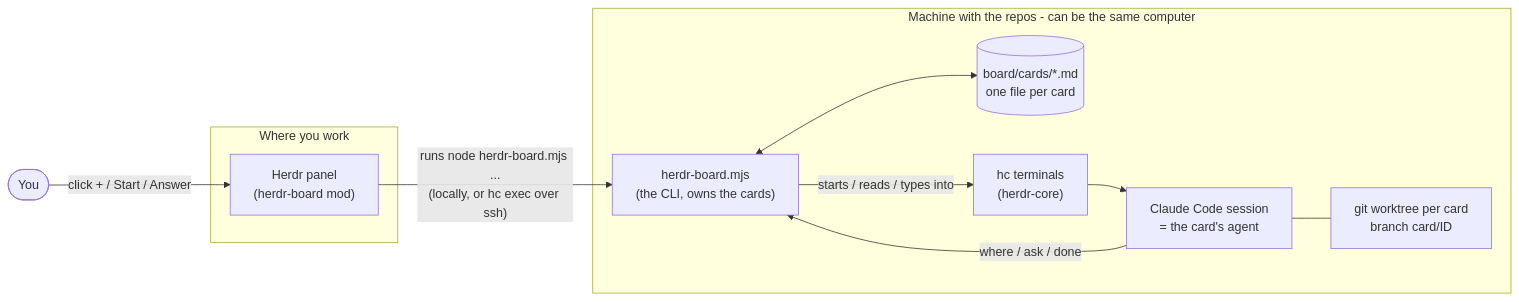
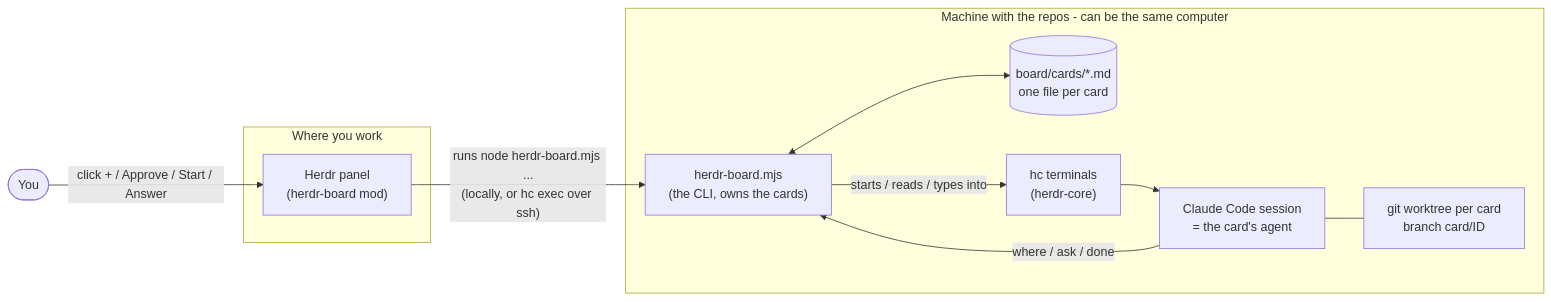
One commit to RomainBdt/herdr-board changed the first of 2 diagrams in README.md. Above: the diagram before and after it, drawn with Mermaid. The commit also changed other lines of this file, not shown here.

Commit message:
HB-45: align README with the code (no Plan step, Auto model, diagrams, config, server layout)

````diff
--- a/README.md
+++ b/README.md
@@ -19,20 +19,20 @@
 ```mermaid
 flowchart LR
-  you([You]) -- "click + / Start / Answer" --> panel
+  you([You]) -- "click + / Approve / Start / Answer" --> panel
   subgraph laptop [Where you work]
     panel["Herdr panel<br/>(herdr-board mod)"]
   end
   subgraph server [Machine with the repos - can be the same computer]
     cli["herdr-board.mjs<br/>(the CLI, owns the cards)"]
     cards[("board/cards/*.md<br/>one file per card")]
     hc["hc terminals<br/>(herdr-core)"]
     wt["git worktree per card<br/>branch card/ID"]
     agent["Claude Code session<br/>= the card's agent"]
   end
   panel -- "runs node herdr-board.mjs ...<br/>(locally, or hc exec over ssh)" --> cli
   cli <--> cards
   cli -- "starts / reads / types into" --> hc
   hc --> agent
   agent --- wt
   agent -- "where / ask / done" --> cli
 ```
````
